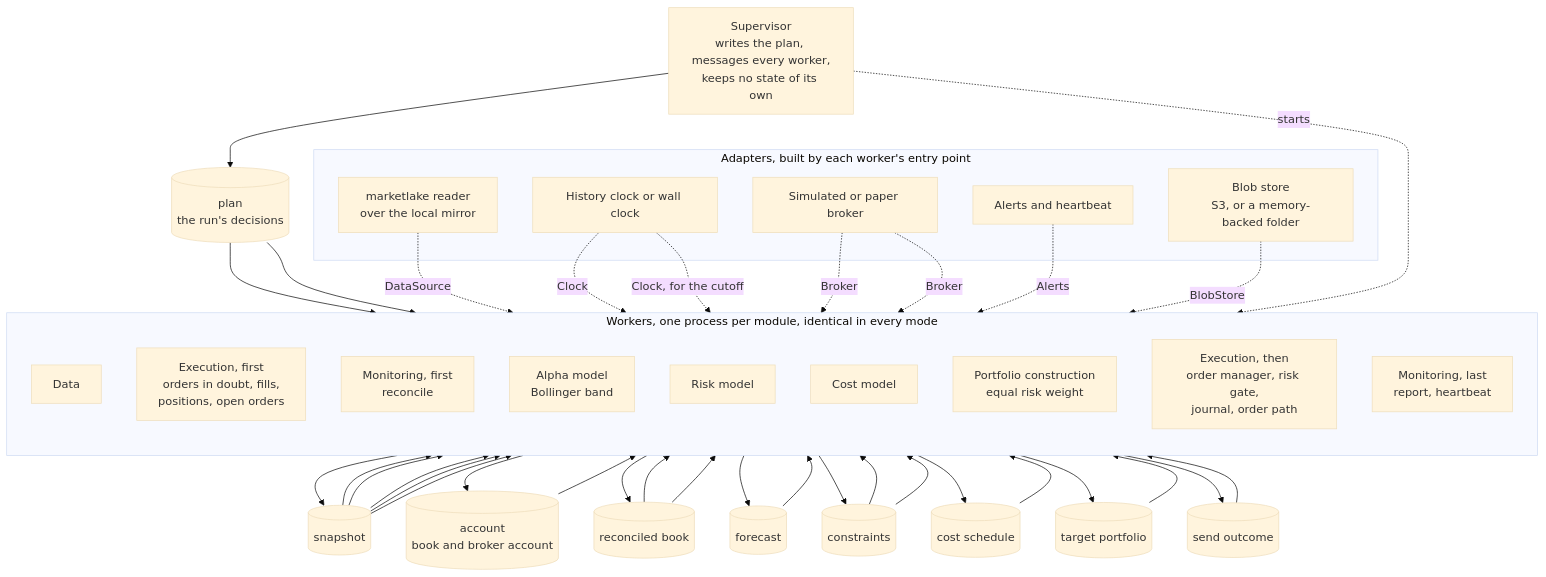
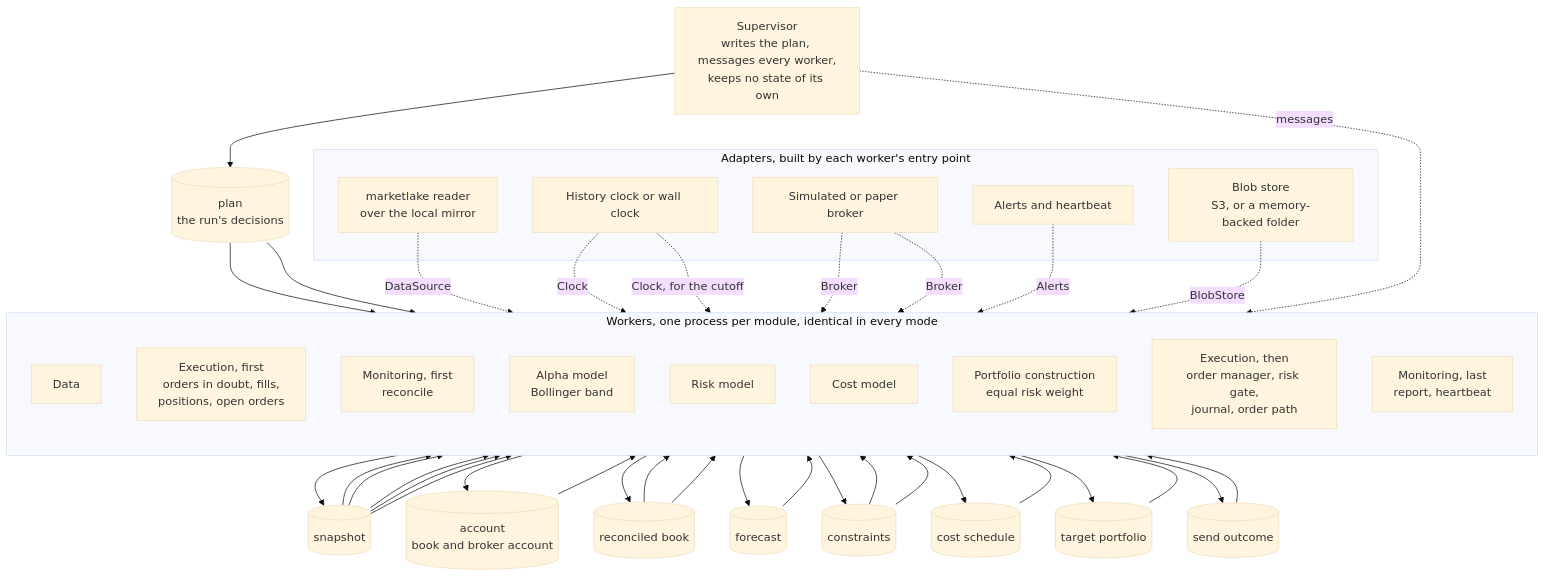
The second of 16 diagrams in docs/architecture.md (l3a0/ithildin-runtime), drawn with Mermaid (base theme) before and after one commit. The commit also changed other lines of this file and 1 other file, not shown here.

````diff
--- a/docs/architecture.md
+++ b/docs/architecture.md
@@ -278,63 +278,63 @@
 ```mermaid
 flowchart TB
     sup["Supervisor<br/>writes the plan, messages every worker,<br/>keeps no state of its own"]
     plan[("plan<br/>the run's decisions")]
     sup --> plan
 
     subgraph workers["Workers, one process per module, identical in every mode"]
         direction TB
         data["Data"]
         exec_recover["Execution, first<br/>orders in doubt, fills,<br/>positions, open orders"]
         mon_recon["Monitoring, first<br/>reconcile"]
         alpha["Alpha model<br/>Bollinger band"]
         risk["Risk model"]
         cost["Cost model"]
         pc["Portfolio construction<br/>equal risk weight"]
         exec_send["Execution, then<br/>order manager, risk gate,<br/>journal, order path"]
         mon_report["Monitoring, last<br/>report, heartbeat"]
     end
 
     snap[("snapshot")]
     acct[("account<br/>book and broker account")]
     book[("reconciled book")]
     fc[("forecast")]
     cons[("constraints")]
     sched[("cost schedule")]
     target[("target portfolio")]
     outcome[("send outcome")]
 
     plan --> data
     plan --> exec_recover
     snap --> exec_recover
     data --> snap
     exec_recover --> acct --> mon_recon --> book
     snap --> alpha --> fc
     snap --> risk
     book --> risk --> cons
     snap --> cost --> sched
     fc --> pc
     cons --> pc
     sched --> pc
     book --> pc --> target
     target --> exec_send
     cons --> exec_send
     snap --> exec_send
     exec_send --> outcome --> mon_report
 
     subgraph adapters["Adapters, built by each worker's entry point"]
         lakesrc["marketlake reader<br/>over the local mirror"]
         clock["History clock or wall clock"]
         broker["Simulated or paper broker"]
         store["Blob store<br/>S3, or a memory-backed folder"]
         alertsink["Alerts and heartbeat"]
     end
 
     lakesrc -. "DataSource" .-> data
     clock -. "Clock" .-> data
     clock -. "Clock, for the cutoff" .-> exec_send
     broker -. "Broker" .-> exec_recover
     broker -. "Broker" .-> exec_send
     store -. "BlobStore" .-> workers
     alertsink -. "Alerts" .-> mon_report
-    sup -. "starts" .-> workers
+    sup -. "messages" .-> workers
 ```
````
